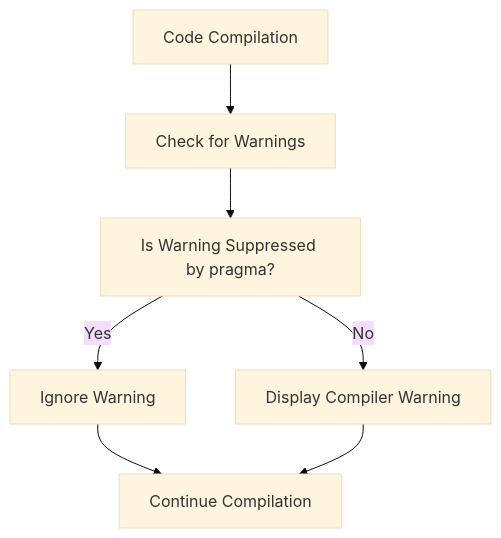
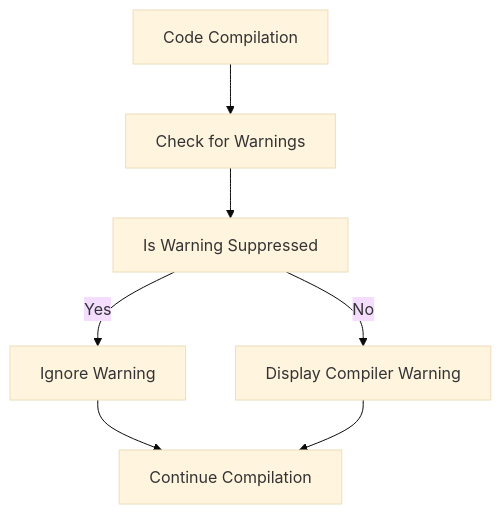
One commit to buribalkan/C-SHARP-Training changed the diagram in pragma-Directive.md. Above: the diagram before and after it, drawn with Mermaid (base theme).

````diff
--- a/pragma-Directive.md
+++ b/pragma-Directive.md
@@ -65,10 +65,10 @@
 ```mermaid
 graph TD
   Start[Code Compilation]
   Start --> CheckWarnings[Check for Warnings]
-  CheckWarnings --> Suppressed[Is Warning Suppressed by pragma?]
+  CheckWarnings --> Suppressed[Is Warning Suppressed]
   Suppressed -- Yes --> SkipWarning[Ignore Warning]
   Suppressed -- No --> ShowWarning[Display Compiler Warning]
   SkipWarning --> Continue[Continue Compilation]
   ShowWarning --> Continue
 ```
````
